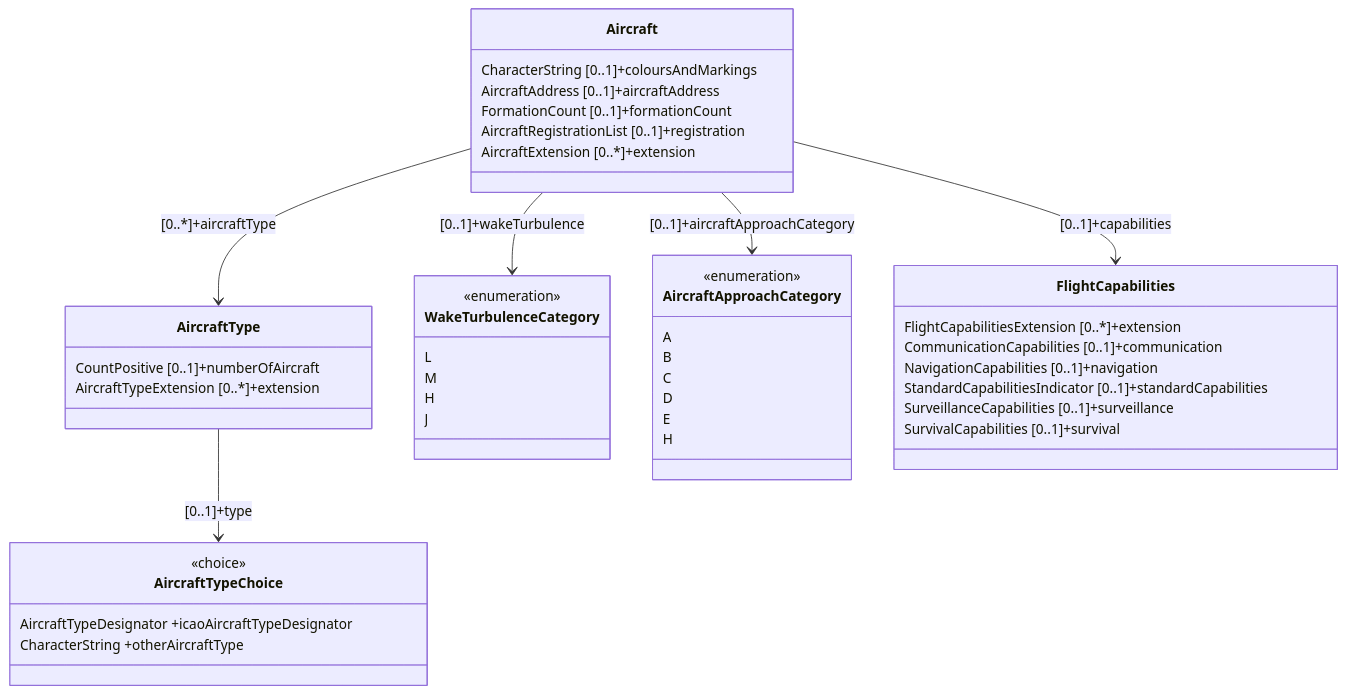
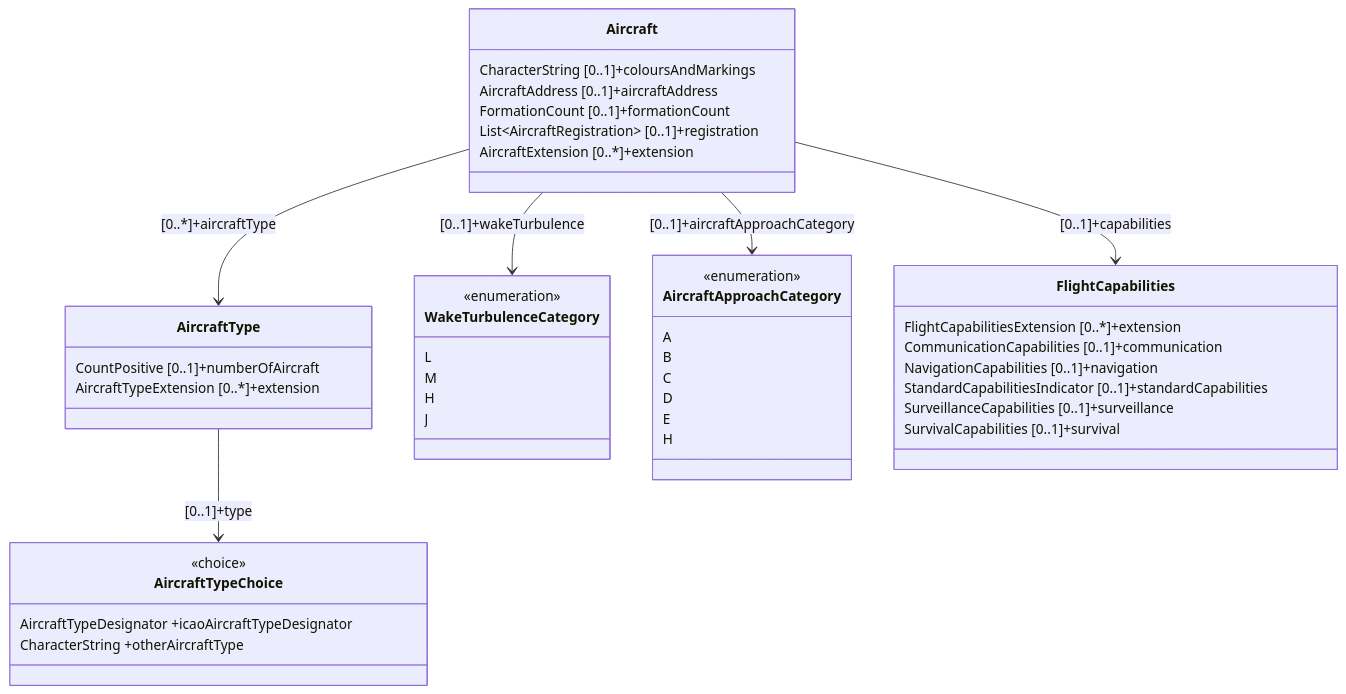
Before and after one commit to hlepori/test_docsify: the diagram in docs/fixm/FIXM_UML_in_mermaid.md, drawn with Mermaid. The commit also changed other lines of this file, not shown here.

````diff
--- a/docs/fixm/FIXM_UML_in_mermaid.md
+++ b/docs/fixm/FIXM_UML_in_mermaid.md
@@ -490,48 +3,48 @@
 ```mermaid
 classDiagram
 class AircraftType
 AircraftType : CountPositive [0..1]+numberOfAircraft
 AircraftType : AircraftTypeExtension [0..*]+extension
 AircraftType --> AircraftTypeChoice : [0..1]+type
 link AircraftType "https://www.fixm.aero/releases/FIXM-4.2.0/doc/schema_documentation/Fixm_AircraftTypeType.html" "Go to XML definition"
 class WakeTurbulenceCategory
 <<enumeration>> WakeTurbulenceCategory
 WakeTurbulenceCategory : L
 WakeTurbulenceCategory : M
 WakeTurbulenceCategory : H
 WakeTurbulenceCategory : J
 link WakeTurbulenceCategory "https://www.fixm.aero/releases/FIXM-4.2.0/doc/schema_documentation/Fixm_WakeTurbulenceCategoryType.html" "Go to XML definition"
 class AircraftApproachCategory
 <<enumeration>> AircraftApproachCategory
 AircraftApproachCategory : A
 AircraftApproachCategory : B
 AircraftApproachCategory : C
 AircraftApproachCategory : D
 AircraftApproachCategory : E
 AircraftApproachCategory : H
 link AircraftApproachCategory "https://www.fixm.aero/releases/FIXM-4.2.0/doc/schema_documentation/Fixm_AircraftApproachCategoryType.html" "Go to XML definition"
 class AircraftTypeChoice
 <<choice>> AircraftTypeChoice
 AircraftTypeChoice : AircraftTypeDesignator +icaoAircraftTypeDesignator
 AircraftTypeChoice : CharacterString +otherAircraftType
 link AircraftTypeChoice "https://www.fixm.aero/releases/FIXM-4.2.0/doc/schema_documentation/Fixm_AircraftTypeChoiceType.html" "Go to XML definition"
 class Aircraft
 Aircraft : CharacterString [0..1]+coloursAndMarkings
 Aircraft : AircraftAddress [0..1]+aircraftAddress
 Aircraft --> AircraftApproachCategory : [0..1]+aircraftApproachCategory
 Aircraft --> AircraftType : [0..*]+aircraftType
 Aircraft --> FlightCapabilities : [0..1]+capabilities
 Aircraft : FormationCount [0..1]+formationCount
-Aircraft : AircraftRegistrationList [0..1]+registration
+Aircraft : List~AircraftRegistration~ [0..1]+registration
 Aircraft --> WakeTurbulenceCategory : [0..1]+wakeTurbulence
 Aircraft : AircraftExtension [0..*]+extension
 link Aircraft "https://www.fixm.aero/releases/FIXM-4.2.0/doc/schema_documentation/Fixm_AircraftType.html" "Go to XML definition"
 class FlightCapabilities
 FlightCapabilities : FlightCapabilitiesExtension [0..*]+extension
 FlightCapabilities : CommunicationCapabilities [0..1]+communication
 FlightCapabilities : NavigationCapabilities [0..1]+navigation
 FlightCapabilities : StandardCapabilitiesIndicator [0..1]+standardCapabilities
 FlightCapabilities : SurveillanceCapabilities [0..1]+surveillance
 FlightCapabilities : SurvivalCapabilities [0..1]+survival
 link FlightCapabilities "https://www.fixm.aero/releases/FIXM-4.2.0/doc/schema_documentation/Fixm_FlightCapabilitiesType.html" "Go to XML definition"
 ```
````
